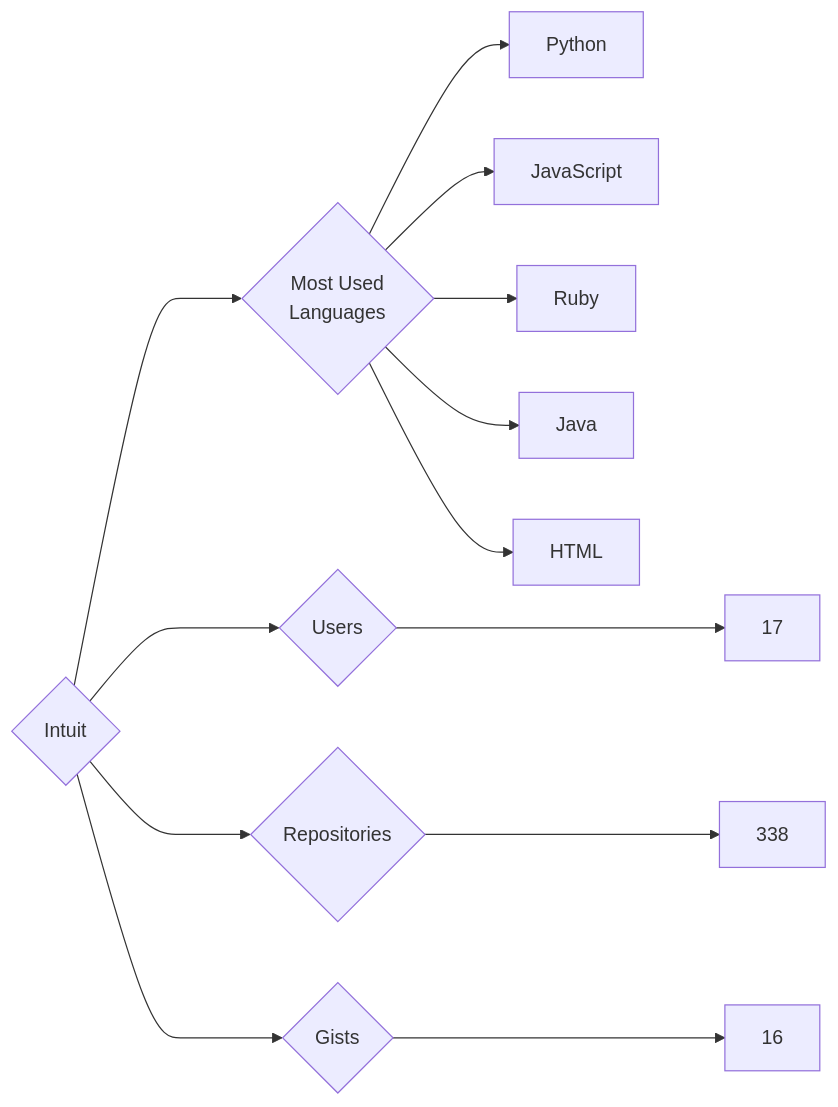
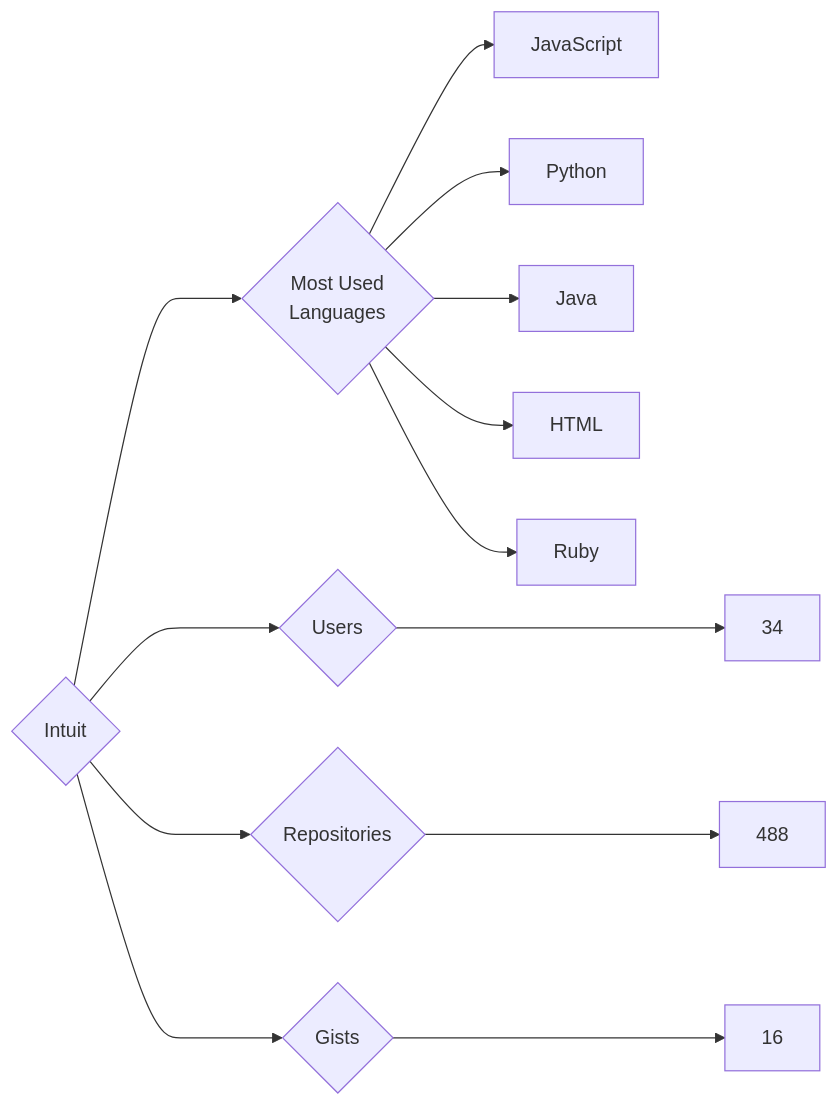
Before and after one commit to trickest/insiders: the diagram in targets/Intuit/README.md, drawn with Mermaid. The commit also changed 682 other files, not shown here.

````diff
--- a/targets/Intuit/README.md
+++ b/targets/Intuit/README.md
@@ -3,13 +3,13 @@
 ```mermaid
 graph LR
 COMPANY_NAME{Intuit}
-COMPANY_NAME ---> U{Users} ---> UN[17]
-COMPANY_NAME ---> R{Repositories} ---> RN[338]
+COMPANY_NAME ---> U{Users} ---> UN[34]
+COMPANY_NAME ---> R{Repositories} ---> RN[488]
 COMPANY_NAME ---> G{Gists} ---> GN[16]
 COMPANY_NAME ---> ML{Most Used<br>Languages}
+ML --> JavaScript[JavaScript]
 ML --> Python[Python]
-ML --> JavaScript[JavaScript]
-ML --> Ruby[Ruby]
 ML --> Java[Java]
 ML --> HTML[HTML]
+ML --> Ruby[Ruby]
 ```
````
